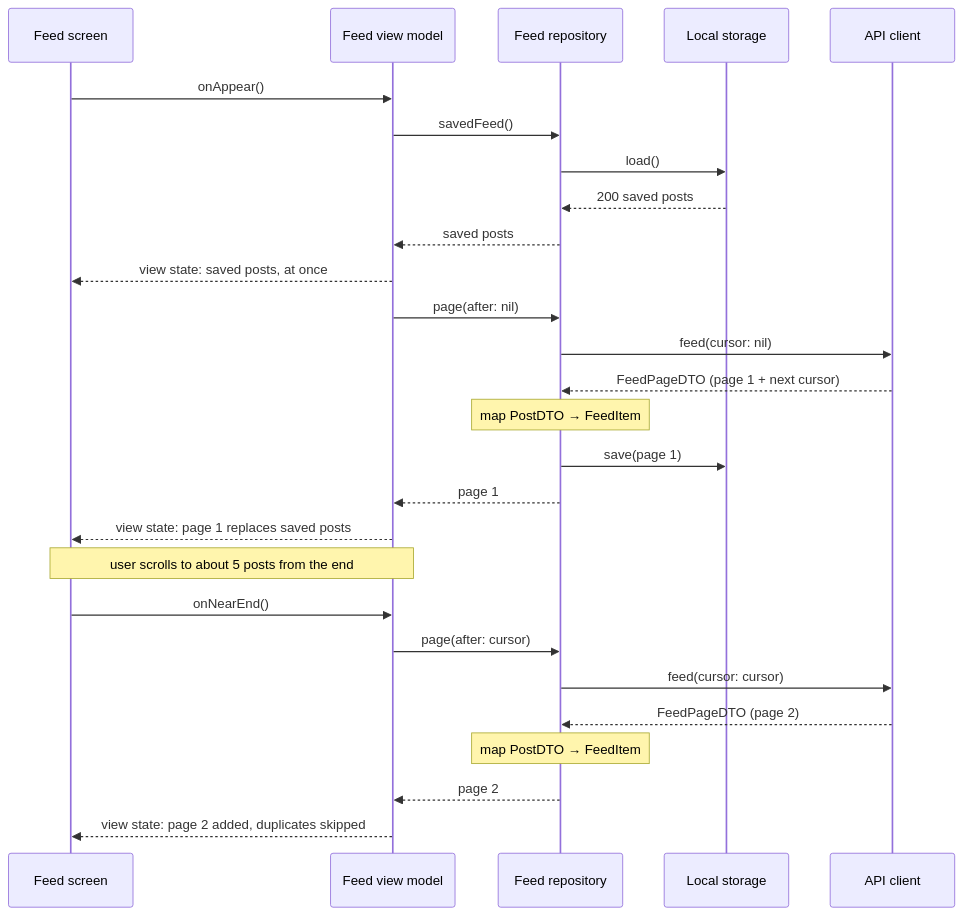
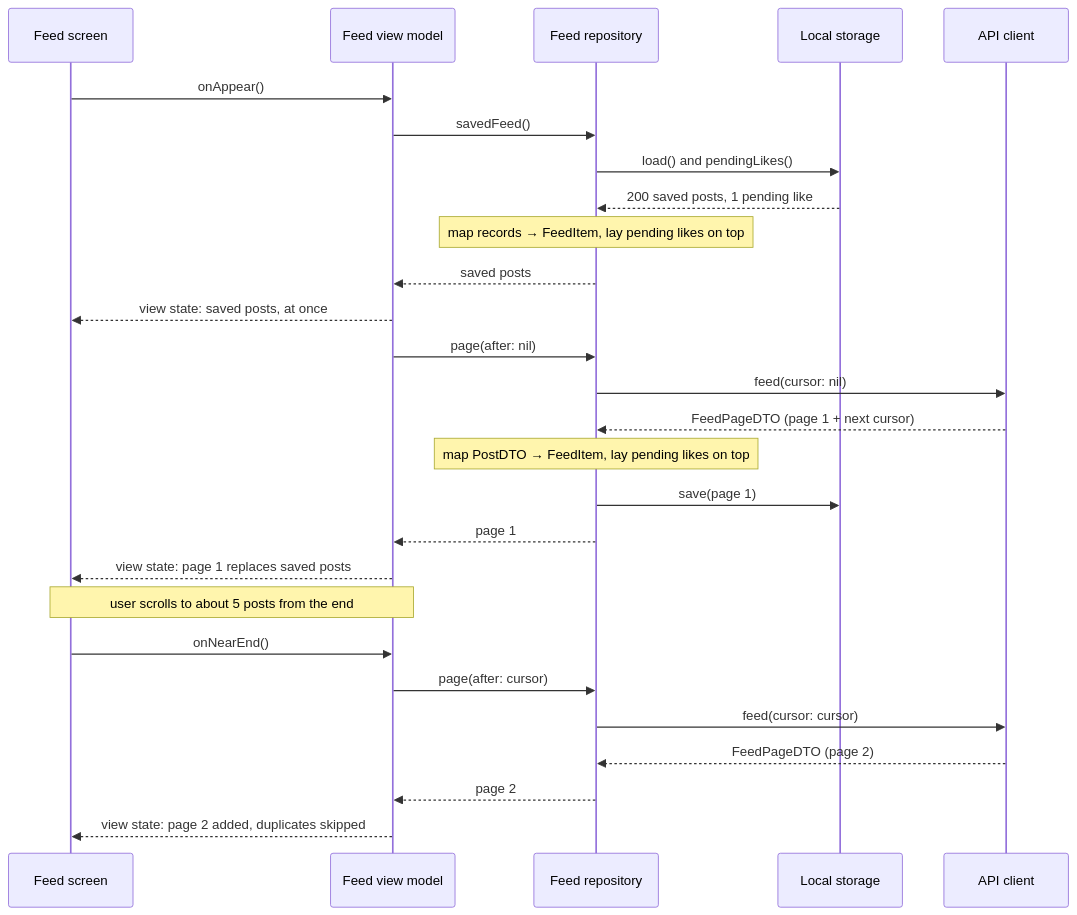
The second of 5 diagrams in topics/system-design/02-infinite-photo-feed.md (rezabina86/reference-desk), drawn with Mermaid before and after one commit. The commit also changed other lines of this file and 5 other files, not shown here.

````diff
--- a/topics/system-design/02-infinite-photo-feed.md
+++ b/topics/system-design/02-infinite-photo-feed.md
@@ -431,29 +478,29 @@
 ```mermaid
 sequenceDiagram
   participant V as Feed screen
   participant VM as Feed view model
   participant R as Feed repository
   participant S as Local storage
   participant A as API client
   V->>VM: onAppear()
   VM->>R: savedFeed()
-  R->>S: load()
-  S-->>R: 200 saved posts
+  R->>S: load() and pendingLikes()
+  S-->>R: 200 saved posts, 1 pending like
+  Note over R: map records → FeedItem, lay pending likes on top
   R-->>VM: saved posts
   VM-->>V: view state: saved posts, at once
   VM->>R: page(after: nil)
   R->>A: feed(cursor: nil)
   A-->>R: FeedPageDTO (page 1 + next cursor)
-  Note over R: map PostDTO → FeedItem
+  Note over R: map PostDTO → FeedItem, lay pending likes on top
   R->>S: save(page 1)
   R-->>VM: page 1
   VM-->>V: view state: page 1 replaces saved posts
   Note over V,VM: user scrolls to about 5 posts from the end
   V->>VM: onNearEnd()
   VM->>R: page(after: cursor)
   R->>A: feed(cursor: cursor)
   A-->>R: FeedPageDTO (page 2)
-  Note over R: map PostDTO → FeedItem
   R-->>VM: page 2
   VM-->>V: view state: page 2 added, duplicates skipped
 ```
````
